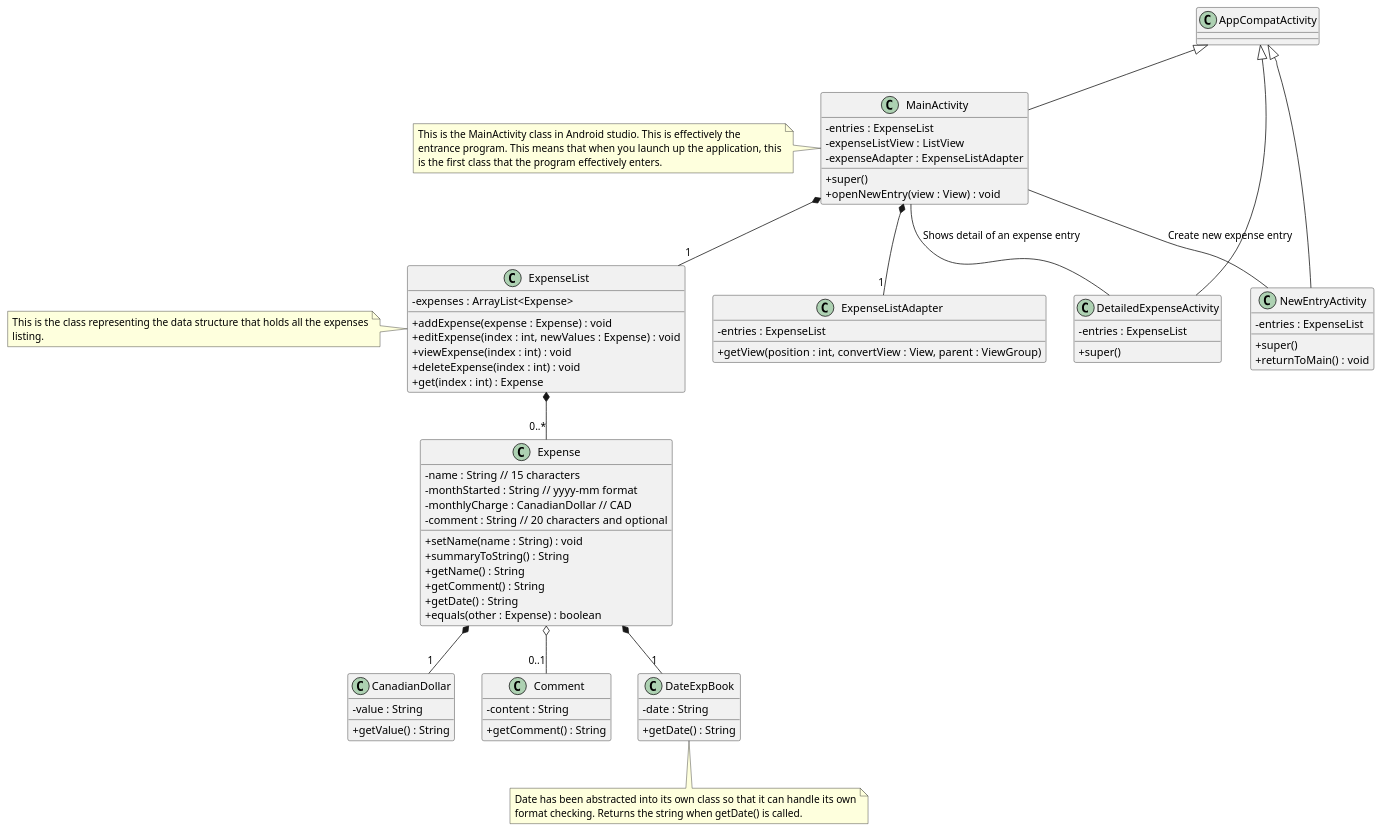
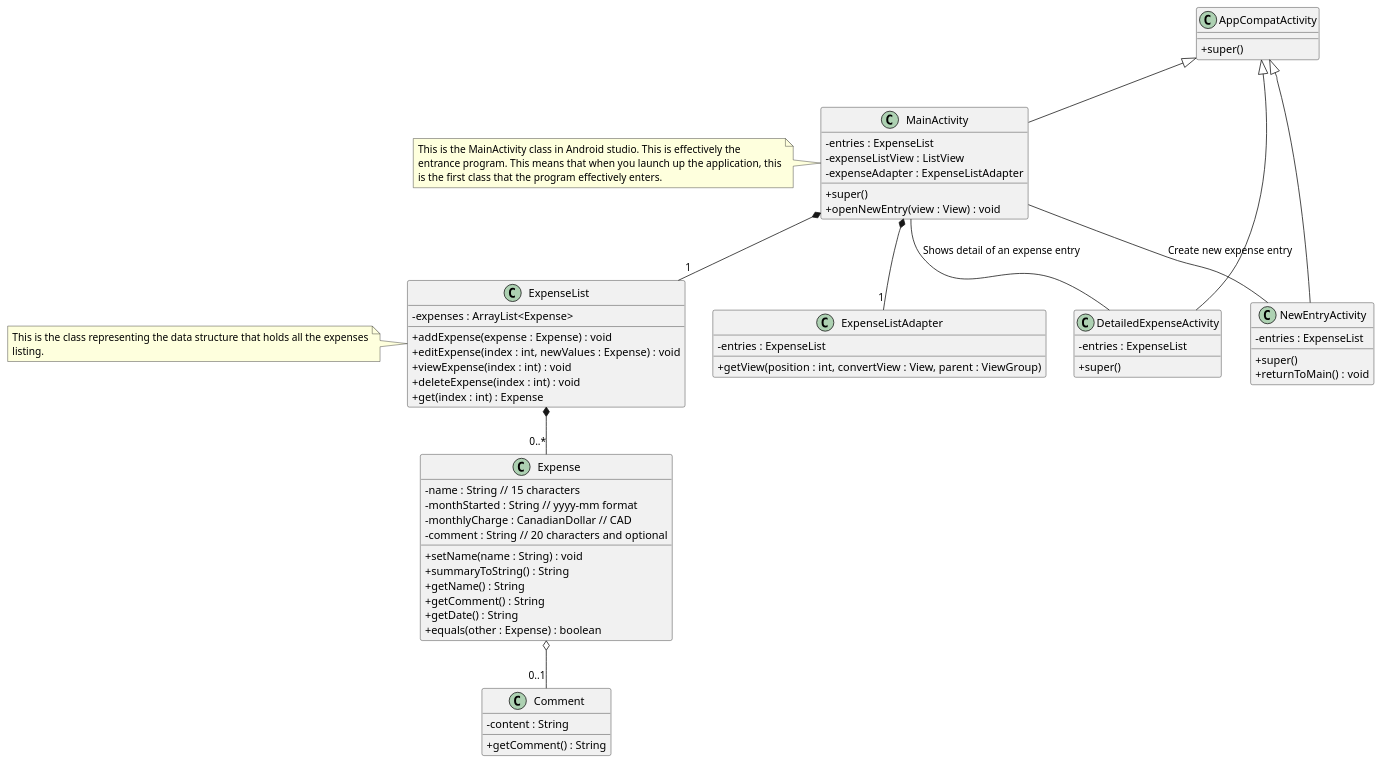
Before and after one commit to waridh/expense_book: the diagram in doc/uml/assign1UML/assign1UML.puml, drawn with PlantUML. The commit also changed 10 other files, not shown here.

Commit message:
Updated the project a lot. UML updated, and removed some classes

```diff
--- a/doc/uml/assign1UML/assign1UML.puml
+++ b/doc/uml/assign1UML/assign1UML.puml
@@ -1,103 +1,88 @@
 @startuml
   skinparam classAttributeIconSize 0
 
 class AppCompatActivity {
+  +super()
+}
 
-}
 class ExpenseListAdapter{
   - entries : ExpenseList
   + getView(position : int, convertView : View, parent : ViewGroup)
 }
 
 class MainActivity {
   - entries : ExpenseList
   - expenseListView : ListView
   - expenseAdapter : ExpenseListAdapter
   + super()
   + openNewEntry(view : View) : void
 }
 
 class DetailedExpenseActivity {
   - entries : ExpenseList
   + super()
 }
 
 class NewEntryActivity {
   - entries : ExpenseList
   + super()
   + returnToMain() : void
 }
 
 class Expense {
   - name : String // 15 characters
   - monthStarted : String // yyyy-mm format
   - monthlyCharge : CanadianDollar // CAD
   - comment : String // 20 characters and optional
 
   +setName(name : String) : void
   +summaryToString() : String
   +getName() : String
   +getComment() : String
   +getDate() : String
   +equals(other : Expense) : boolean
 }
 
-class CanadianDollar {
-  -value : String
-  +getValue() : String
-}
-
 class Comment {
   -content : String
   +getComment() : String
-}
-
-class DateExpBook {
-  -date : String
-  +getDate() : String
 }
 
 class ExpenseList {
   -expenses : ArrayList<Expense>
   +addExpense(expense : Expense) : void
   +editExpense(index : int, newValues : Expense) : void
   +viewExpense(index : int) : void
   +deleteExpense(index : int) : void
   +get(index : int) : Expense
 }
 
 note left of ExpenseList
   This is the class representing the data structure that holds all the expenses
   listing.
 end note
 
 note left of MainActivity
   This is the MainActivity class in Android studio. This is effectively the
   entrance program. This means that when you launch up the application, this
   is the first class that the program effectively enters.
 end note
 
 /' This is the classes that inherit from AppCompatActivity, which is all the
 activities '/
 AppCompatActivity <|-- MainActivity
 AppCompatActivity <|-- DetailedExpenseActivity
 AppCompatActivity <|-- NewEntryActivity
 
 /' This is the relationship for the MainActivity '/
 MainActivity *-- "1" ExpenseList
 MainActivity *-- "1" ExpenseListAdapter
 
 /' For relationships between the activities '/
 MainActivity -- NewEntryActivity : "Create new expense entry"
 MainActivity -- DetailedExpenseActivity : "Shows detail of an expense entry"
 
 ExpenseList *-- "0..*" Expense
-Expense *-- "1" CanadianDollar
 Expense o-- "0..1" Comment
-Expense *-- "1" DateExpBook
 
-note bottom of DateExpBook
-  Date has been abstracted into its own class so that it can handle its own
-  format checking. Returns the string when getDate() is called.
-end note
 @enduml
```
